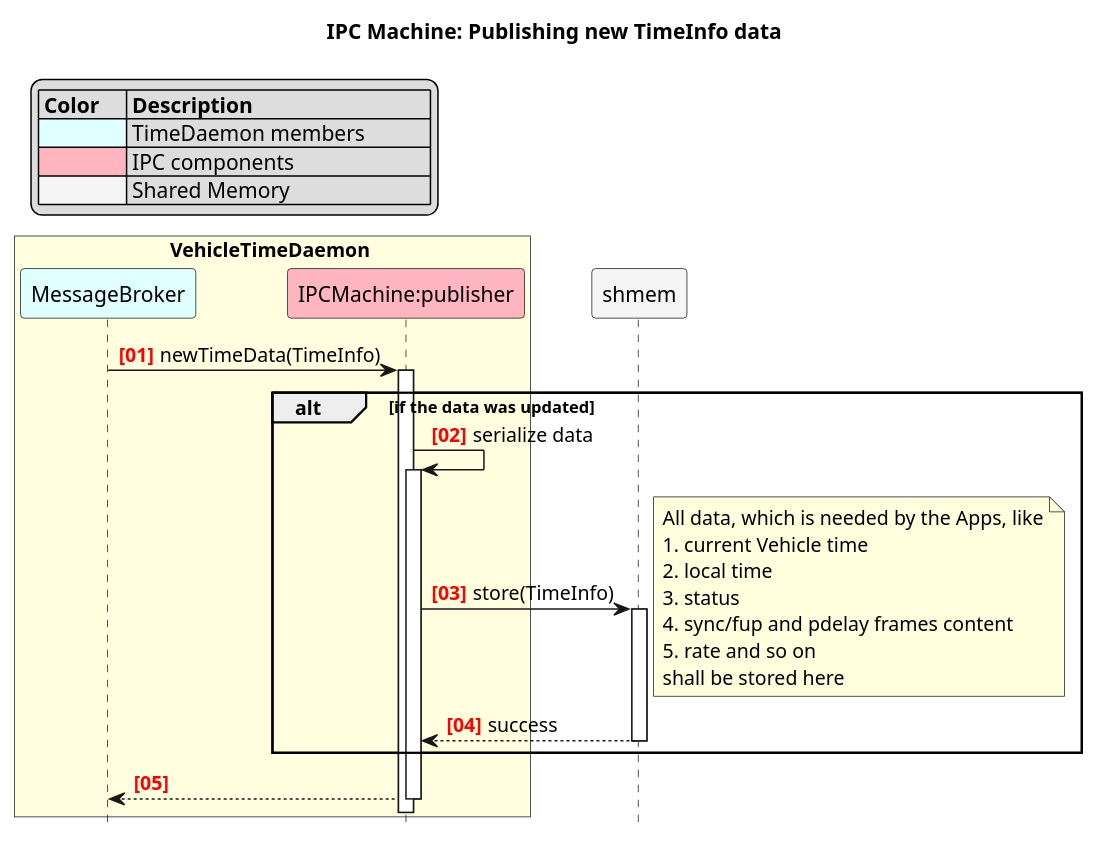
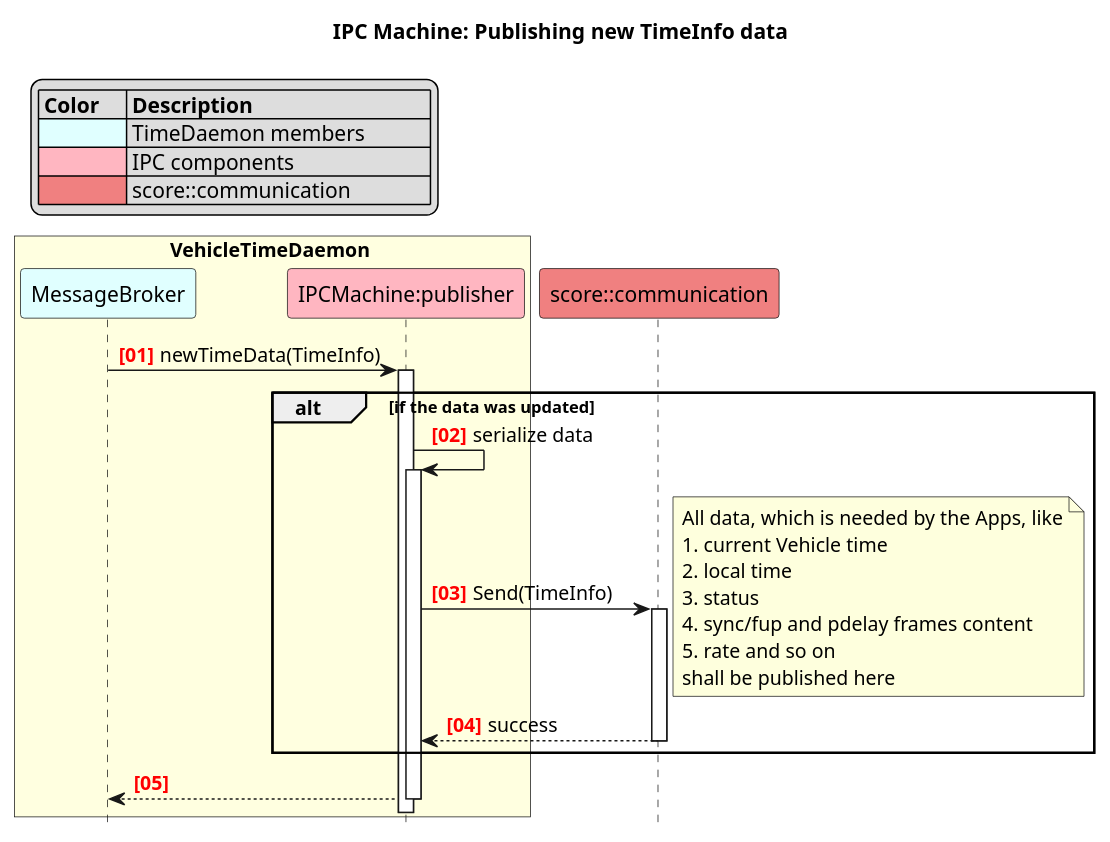
The diagram in docs/time/_assets/ipc/ipc_publish_seq.puml (lavrovvalera/inc_time), drawn with PlantUML before and after one commit. The commit also changed 8 other files, not shown here.

```diff
--- a/docs/time/_assets/ipc/ipc_publish_seq.puml
+++ b/docs/time/_assets/ipc/ipc_publish_seq.puml
@@ -1,41 +1,41 @@
 @startuml ipc_publish_seq_diagram
 
 title IPC Machine: Publishing new TimeInfo data
 
 hide footbox
 
 autonumber "<font color=red><b>[00]"
 autoactivate on
 
 legend top left
     |= Color     |= Description                  |
-    |<#LightCyan>| TimeDaemon members            |
-    |<#LightPink>| IPC components                |
-    |<#WhiteSmoke>| Shared Memory                |
+    |<#LightCyan> | TimeDaemon members            |
+    |<#LightPink> | IPC components                |
+    |<#LightCoral>| score::communication          |
 endlegend
 
 box VehicleTimeDaemon #LightYellow
     participant "MessageBroker" as broker #LightCyan
     participant "IPCMachine:publisher" as ipc_publisher #LightPink
 end box
 
-participant "shmem" as shared_memory #WhiteSmoke
+participant "score::communication" as score_comm #LightCoral
 
 broker -> ipc_publisher: newTimeData(TimeInfo)
 alt if the data was updated
     ipc_publisher -> ipc_publisher: serialize data
-    ipc_publisher -> shared_memory: store(TimeInfo)
+    ipc_publisher -> score_comm: Send(TimeInfo)
     note right
         All data, which is needed by the Apps, like
         1. current Vehicle time
         2. local time
         3. status
         4. sync/fup and pdelay frames content
         5. rate and so on
-        shall be stored here
+        shall be published here
     end note
-    shared_memory --> ipc_publisher: success
+    score_comm --> ipc_publisher: success
 end
 ipc_publisher --> broker
 
 @enduml
```
